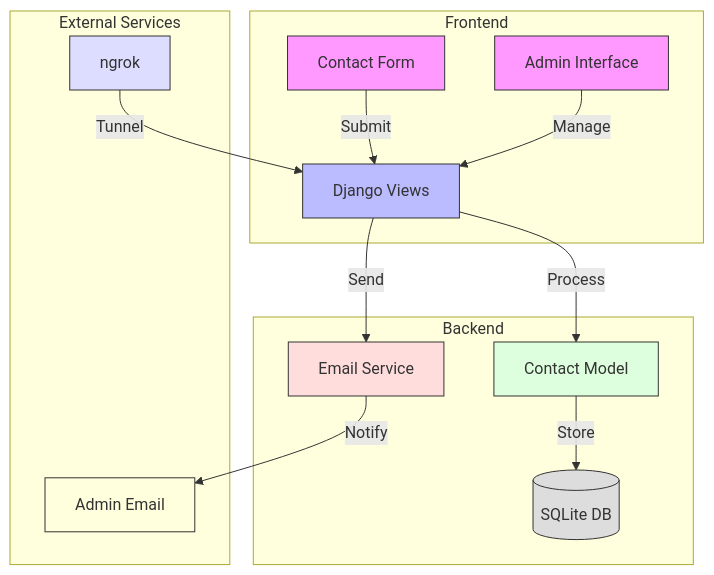
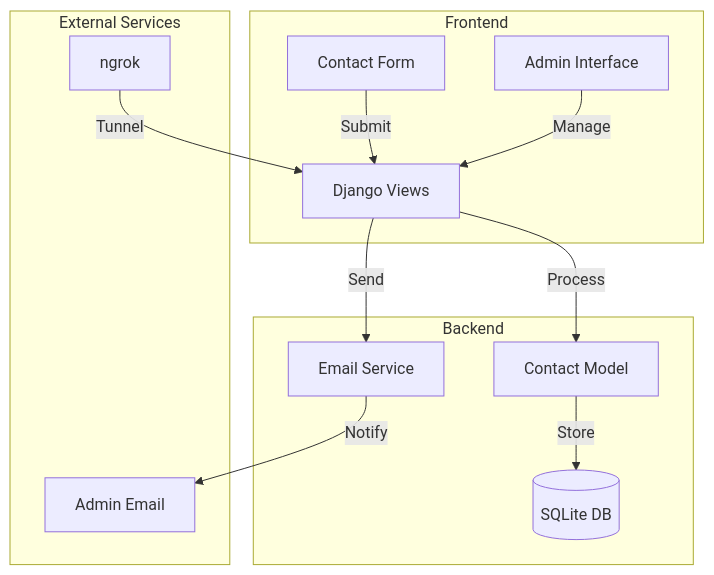
Before and after one commit to A-ideaa/Contact-Us-System: the first of 5 diagrams in README.md, drawn with Mermaid.

````diff
--- a/README.md
+++ b/README.md
@@ -126,27 +126,18 @@
 ```mermaid
 graph TB
     subgraph "Frontend"
         A[Contact Form] --> |Submit| B[Django Views]
         H[Admin Interface] --> |Manage| B
     end
     
     subgraph "Backend"
         B --> |Process| C[Contact Model]
         B --> |Send| D[Email Service]
         C --> |Store| E[(SQLite DB)]
     end
     
     subgraph "External Services"
         D --> |Notify| F[Admin Email]
         G[ngrok] --> |Tunnel| B
     end
-
-    style A fill:#f9f,stroke:#333
-    style H fill:#f9f,stroke:#333
-    style B fill:#bbf,stroke:#333
-    style C fill:#dfd,stroke:#333
-    style D fill:#fdd,stroke:#333
-    style E fill:#ddd,stroke:#333
-    style F fill:#ffd,stroke:#333
-    style G fill:#ddf,stroke:#333
 ```
````
